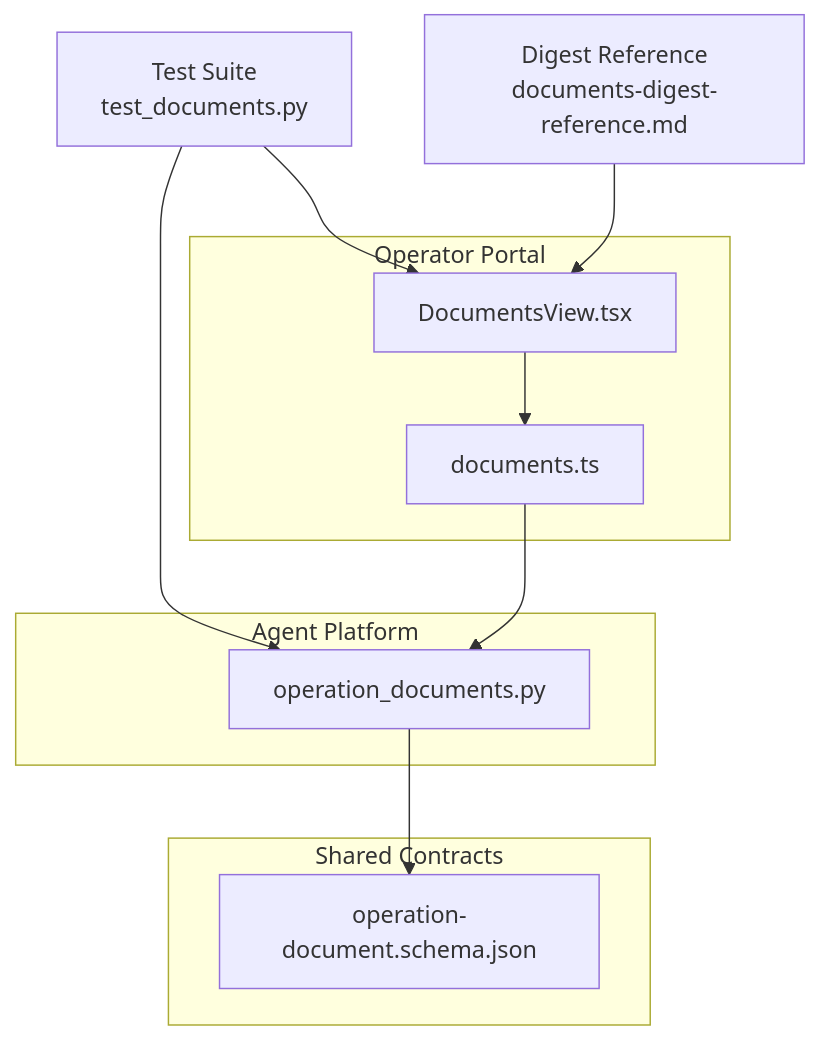
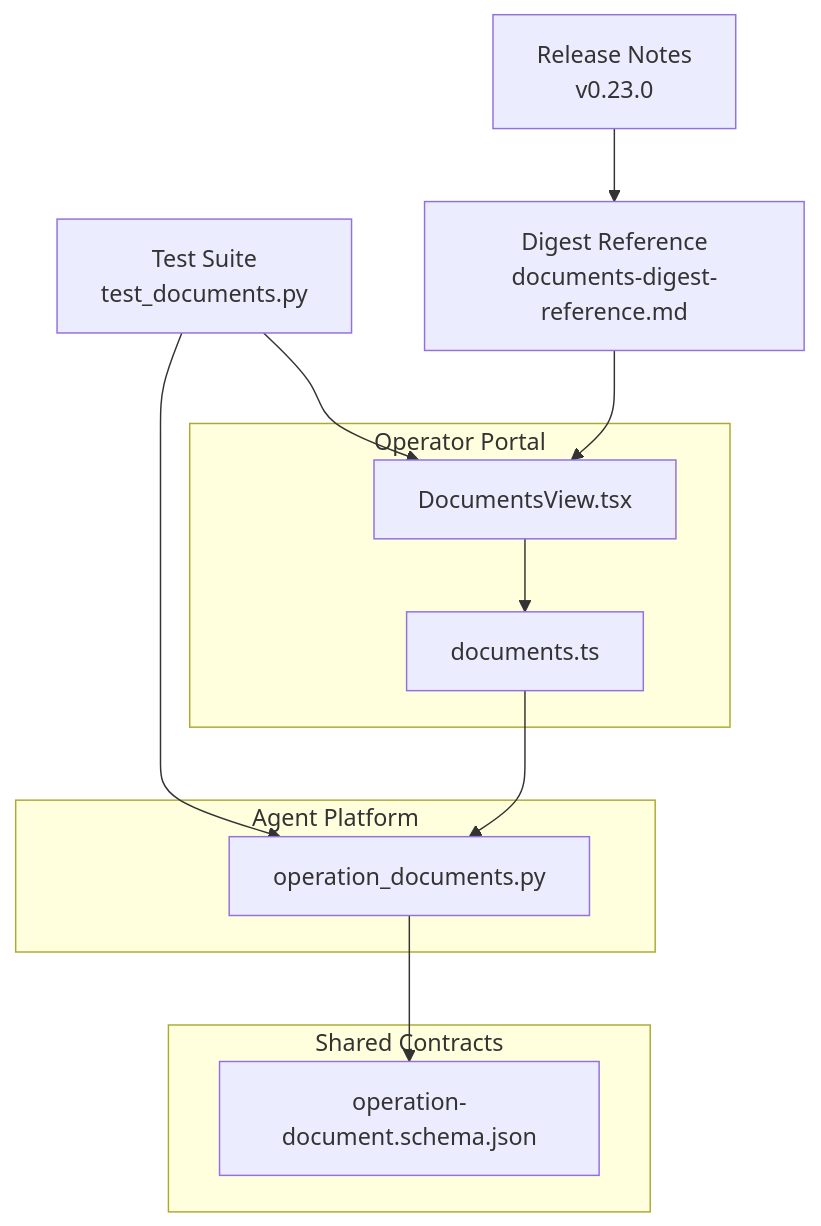
Before and after one commit to metasync/luban-aiops: the first of 7 diagrams in .qoder/repowiki/en/content/Architecture Documentation/SPEC-041_ Documents Readability and Digest Reference.md, drawn with Mermaid. The commit also changed other lines of this file and 4 other files, not shown here.

````diff
--- a/.qoder/repowiki/en/content/Architecture Documentation/SPEC-041_ Documents Readability and Digest Reference.md
+++ b/.qoder/repowiki/en/content/Architecture Documentation/SPEC-041_ Documents Readability and Digest Reference.md
@@ -43,21 +45,23 @@
 ```mermaid
 graph TB
 subgraph "Agent Platform"
 A["operation_documents.py"]
 end
 subgraph "Operator Portal"
 B["DocumentsView.tsx"]
 C["documents.ts"]
 end
 subgraph "Shared Contracts"
 D["operation-document.schema.json"]
 end
 E["Test Suite<br/>test_documents.py"]
 F["Digest Reference<br/>documents-digest-reference.md"]
+G["Release Notes<br/>v0.23.0"]
 B --> C
 C --> A
 A --> D
 E --> A
 E --> B
 F --> B
+G --> F
 ```
````
